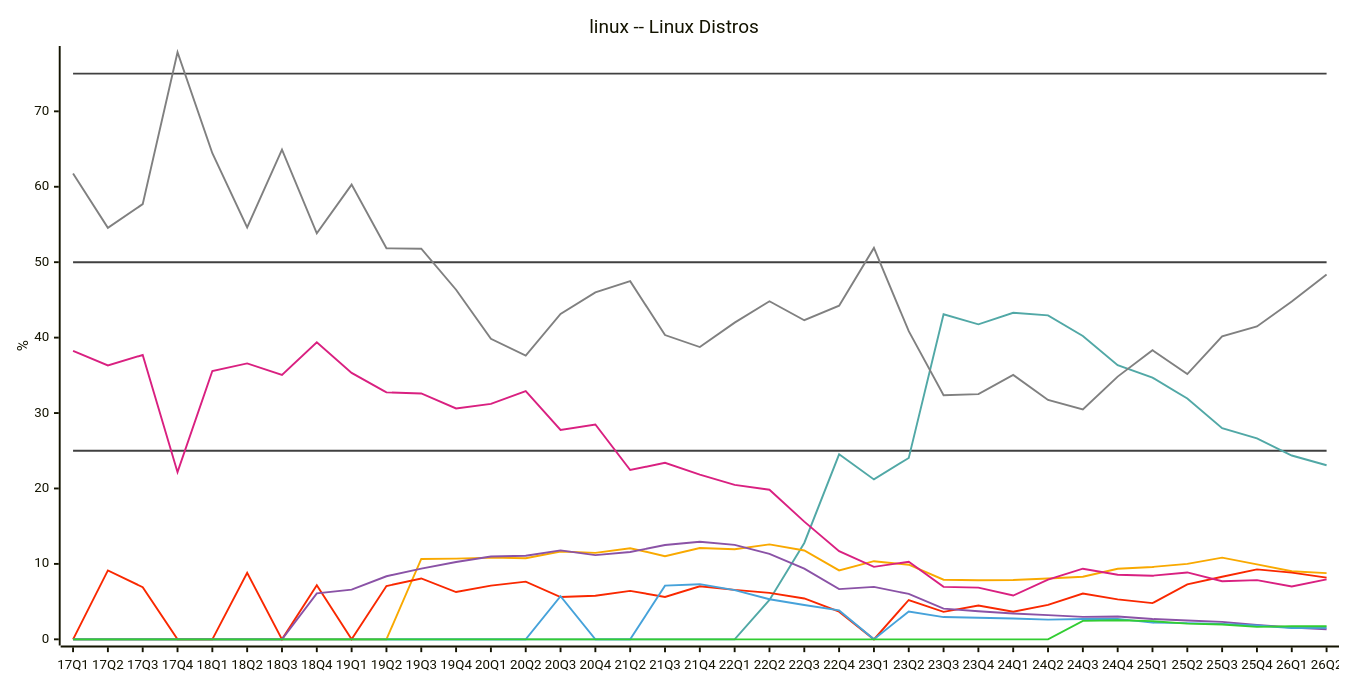
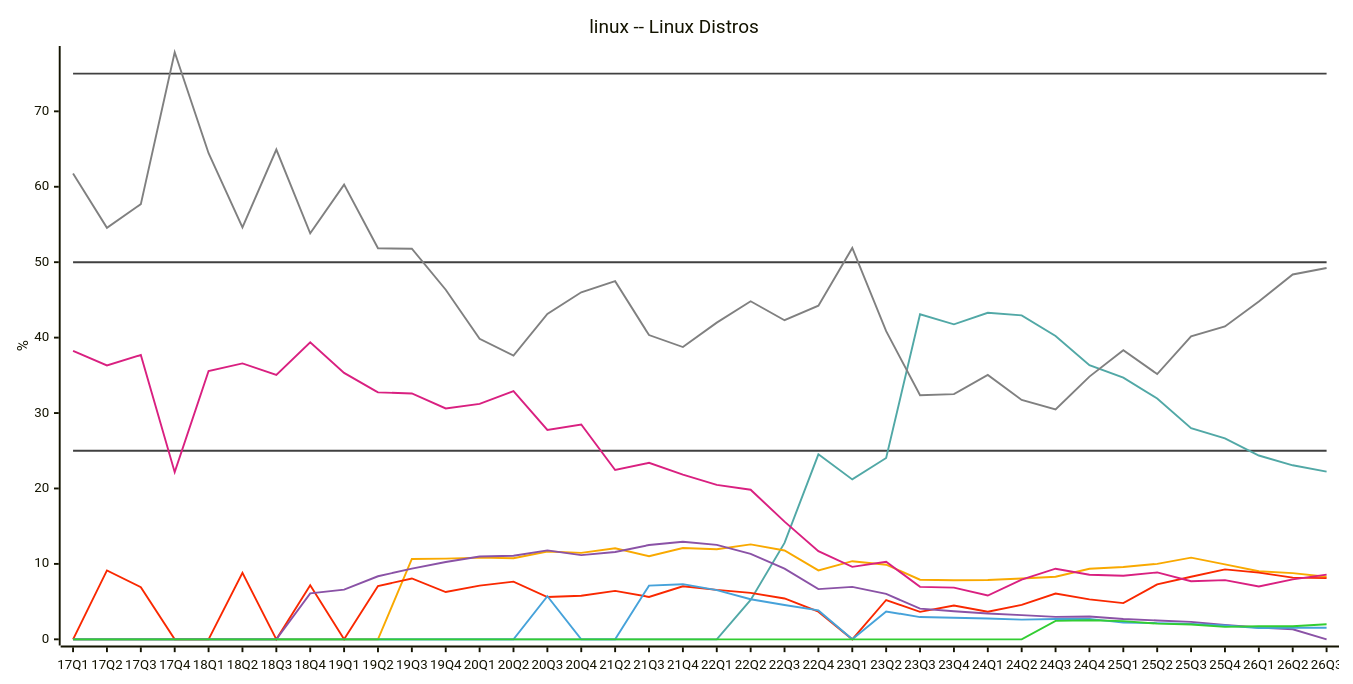
Diagram 16 of 31 in README.md (jdegene/steamHWsurvey), drawn with Mermaid before and after one commit. The commit also changed other lines of this file and 2 other files, not shown here.

````diff
--- a/README.md
+++ b/README.md
@@ -539,29 +539,29 @@
 ```mermaid
 ---
 config:
     xyChart:
         width: 1400
         height: 700
         
     themeVariables:
         xyChart:
             plotColorPalette: "#404040,#404040,#404040,#51a8a6,#f9a900,#f92800,#d92080,#8a52a6,#46a2da,#32CD32,#808080"
 
 --- 
 
 xychart-beta
     title "linux -- Linux Distros"
-    x-axis [17Q1, 17Q2, 17Q3, 17Q4, 18Q1, 18Q2, 18Q3, 18Q4, 19Q1, 19Q2, 19Q3, 19Q4, 20Q1, 20Q2, 20Q3, 20Q4, 21Q2, 21Q3, 21Q4, 22Q1, 22Q2, 22Q3, 22Q4, 23Q1, 23Q2, 23Q3, 23Q4, 24Q1, 24Q2, 24Q3, 24Q4, 25Q1, 25Q2, 25Q3, 25Q4, 26Q1, 26Q2]
+    x-axis [17Q1, 17Q2, 17Q3, 17Q4, 18Q1, 18Q2, 18Q3, 18Q4, 19Q1, 19Q2, 19Q3, 19Q4, 20Q1, 20Q2, 20Q3, 20Q4, 21Q2, 21Q3, 21Q4, 22Q1, 22Q2, 22Q3, 22Q4, 23Q1, 23Q2, 23Q3, 23Q4, 24Q1, 24Q2, 24Q3, 24Q4, 25Q1, 25Q2, 25Q3, 25Q4, 26Q1, 26Q2, 26Q3]
     y-axis "%" 
- line [25, 25, 25, 25, 25, 25, 25, 25, 25, 25, 25, 25, 25, 25, 25, 25, 25, 25, 25, 25, 25, 25, 25, 25, 25, 25, 25, 25, 25, 25, 25, 25, 25, 25, 25, 25, 25]
- line [50, 50, 50, 50, 50, 50, 50, 50, 50, 50, 50, 50, 50, 50, 50, 50, 50, 50, 50, 50, 50, 50, 50, 50, 50, 50, 50, 50, 50, 50, 50, 50, 50, 50, 50, 50, 50]
- line [75, 75, 75, 75, 75, 75, 75, 75, 75, 75, 75, 75, 75, 75, 75, 75, 75, 75, 75, 75, 75, 75, 75, 75, 75, 75, 75, 75, 75, 75, 75, 75, 75, 75, 75, 75, 75]
-    line [0, 0, 0, 0, 0, 0, 0, 0, 0, 0, 0, 0, 0, 0, 0, 0, 0, 0, 0, 0, 5.2299999999999995, 12.776666666666667, 24.525, 21.2, 24.044999999999998, 43.096666666666664, 41.76, 43.29666666666667, 42.946666666666665, 40.216666666666676, 36.336666666666666, 34.69333333333333, 31.923333333333332, 28.000000000000004, 26.639999999999997, 24.366666666666667, 23.07333333333333]
-    line [0, 0, 0, 0, 0, 0, 0, 0, 0, 0, 10.65, 10.703333333333333, 10.835, 10.756666666666666, 11.645, 11.46, 12.079999999999998, 11.023333333333333, 12.11, 11.940000000000001, 12.585, 11.776666666666667, 9.14, 10.36, 9.89, 7.903333333333333, 7.830000000000001, 7.856666666666667, 8.073333333333334, 8.29, 9.36, 9.596666666666666, 10.010000000000002, 10.83, 9.943333333333333, 9.019999999999996, 8.779999999999998]
-    line [0, 9.133333333333333, 6.909999999999999, 0, 0, 8.806666666666667, 0, 7.17, 0, 7.063333333333334, 8.07, 6.2700000000000005, 7.124999999999999, 7.6433333333333335, 5.609999999999999, 5.779999999999999, 6.420000000000001, 5.62, 7.04, 6.550000000000001, 6.165, 5.415, 3.6700000000000004, 0, 5.215, 3.6399999999999997, 4.475, 3.6533333333333333, 4.573333333333332, 6.073333333333333, 5.3, 4.796666666666667, 7.286666666666668, 8.293333333333335, 9.266666666666667, 8.850000000000001, 8.176666666666668]
-    line [38.24, 36.31999999999999, 37.696666666666665, 22.163333333333334, 35.56666666666666, 36.57666666666666, 35.06, 39.36666666666667, 35.32666666666667, 32.733333333333334, 32.59666666666667, 30.606666666666666, 31.210000000000004, 32.906666666666666, 27.755000000000003, 28.485, 22.45, 23.4, 21.84, 20.47, 19.835, 15.6, 11.695, 9.610000000000001, 10.280000000000001, 6.959999999999999, 6.855, 5.8100000000000005, 7.923333333333334, 9.363333333333335, 8.556666666666667, 8.436666666666666, 8.866666666666667, 7.706666666666667, 7.853333333333333, 7.006666666666667, 7.943333333333326]
-    line [0, 0, 0, 0, 0, 0, 0, 6.09, 6.595000000000001, 8.363333333333333, 9.370000000000001, 10.25, 10.985, 11.080000000000002, 11.795, 11.165, 11.58, 12.503333333333334, 12.94, 12.520000000000001, 11.32, 9.376666666666667, 6.659999999999999, 6.950000000000001, 6.0200000000000005, 4.0633333333333335, 3.7150000000000003, 3.416666666666667, 3.2133333333333334, 2.9733333333333336, 3.0166666666666666, 2.6950000000000003, 2.5, 2.31, 1.8900000000000001, 1.5649999999999948, 1.339999999999995]
-    line [0, 0, 0, 0, 0, 0, 0, 0, 0, 0, 0, 0, 0, 0, 5.72, 0, 0, 7.116666666666667, 7.31, 6.52, 5.319999999999999, 4.556666666666667, 3.83, 0, 3.695, 2.9499999999999997, 2.855, 2.76, 2.61, 2.6950000000000003, 2.7066666666666666, 2.21, 2.1533333333333333, 2.0500000000000003, 1.8233333333333335, 1.51, 1.54]
-    line [0, 0, 0, 0, 0, 0, 0, 0, 0, 0, 0, 0, 0, 0, 0, 0, 0, 0, 0, 0, 0, 0, 0, 0, 0, 0, 0, 0, 0, 2.44, 2.52, 2.41, 2.08, 1.96, 1.6500000000000001, 1.7399999999999998, 1.7399999999999967]
-    line [61.760000000000005, 54.55, 57.699999999999996, 77.83666666666666, 64.44333333333333, 54.61666666666667, 64.93666666666667, 53.81999999999999, 60.28333333333333, 51.84000000000001, 51.790000000000006, 46.34666666666667, 39.839999999999996, 37.61666666666667, 43.145, 46.005, 47.48, 40.336666666666666, 38.75, 41.99, 44.82, 42.30666666666667, 44.23, 51.89, 40.849999999999994, 32.37, 32.51, 35.04666666666667, 31.739999999999995, 30.473333333333336, 34.83, 38.33333333333333, 35.17333333333334, 40.156666666666666, 41.486666666666665, 44.8, 48.37333333333333]
+ line [25, 25, 25, 25, 25, 25, 25, 25, 25, 25, 25, 25, 25, 25, 25, 25, 25, 25, 25, 25, 25, 25, 25, 25, 25, 25, 25, 25, 25, 25, 25, 25, 25, 25, 25, 25, 25, 25]
+ line [50, 50, 50, 50, 50, 50, 50, 50, 50, 50, 50, 50, 50, 50, 50, 50, 50, 50, 50, 50, 50, 50, 50, 50, 50, 50, 50, 50, 50, 50, 50, 50, 50, 50, 50, 50, 50, 50]
+ line [75, 75, 75, 75, 75, 75, 75, 75, 75, 75, 75, 75, 75, 75, 75, 75, 75, 75, 75, 75, 75, 75, 75, 75, 75, 75, 75, 75, 75, 75, 75, 75, 75, 75, 75, 75, 75, 75]
+    line [0, 0, 0, 0, 0, 0, 0, 0, 0, 0, 0, 0, 0, 0, 0, 0, 0, 0, 0, 0, 5.2299999999999995, 12.776666666666667, 24.525, 21.2, 24.044999999999998, 43.096666666666664, 41.76, 43.29666666666667, 42.946666666666665, 40.216666666666676, 36.336666666666666, 34.69333333333333, 31.923333333333332, 28.000000000000004, 26.639999999999997, 24.366666666666667, 23.07333333333333, 22.24]
+    line [0, 0, 0, 0, 0, 0, 0, 0, 0, 0, 10.65, 10.703333333333333, 10.835, 10.756666666666666, 11.645, 11.46, 12.079999999999998, 11.023333333333333, 12.11, 11.940000000000001, 12.585, 11.776666666666667, 9.14, 10.36, 9.89, 7.903333333333333, 7.830000000000001, 7.856666666666667, 8.073333333333334, 8.29, 9.36, 9.596666666666666, 10.010000000000002, 10.83, 9.943333333333333, 9.019999999999996, 8.779999999999998, 8.28999999999999]
+    line [0, 9.133333333333333, 6.909999999999999, 0, 0, 8.806666666666667, 0, 7.17, 0, 7.063333333333334, 8.07, 6.2700000000000005, 7.124999999999999, 7.6433333333333335, 5.609999999999999, 5.779999999999999, 6.420000000000001, 5.62, 7.04, 6.550000000000001, 6.165, 5.415, 3.6700000000000004, 0, 5.215, 3.6399999999999997, 4.475, 3.6533333333333333, 4.573333333333332, 6.073333333333333, 5.3, 4.796666666666667, 7.286666666666668, 8.293333333333335, 9.266666666666667, 8.850000000000001, 8.176666666666668, 8.12]
+    line [38.24, 36.31999999999999, 37.696666666666665, 22.163333333333334, 35.56666666666666, 36.57666666666666, 35.06, 39.36666666666667, 35.32666666666667, 32.733333333333334, 32.59666666666667, 30.606666666666666, 31.210000000000004, 32.906666666666666, 27.755000000000003, 28.485, 22.45, 23.4, 21.84, 20.47, 19.835, 15.6, 11.695, 9.610000000000001, 10.280000000000001, 6.959999999999999, 6.855, 5.8100000000000005, 7.923333333333334, 9.363333333333335, 8.556666666666667, 8.436666666666666, 8.866666666666667, 7.706666666666667, 7.853333333333333, 7.006666666666667, 7.943333333333326, 8.58]
+    line [0, 0, 0, 0, 0, 0, 0, 6.09, 6.595000000000001, 8.363333333333333, 9.370000000000001, 10.25, 10.985, 11.080000000000002, 11.795, 11.165, 11.58, 12.503333333333334, 12.94, 12.520000000000001, 11.32, 9.376666666666667, 6.659999999999999, 6.950000000000001, 6.0200000000000005, 4.0633333333333335, 3.7150000000000003, 3.416666666666667, 3.2133333333333334, 2.9733333333333336, 3.0166666666666666, 2.6950000000000003, 2.5, 2.31, 1.8900000000000001, 1.5649999999999948, 1.339999999999995, 0]
+    line [0, 0, 0, 0, 0, 0, 0, 0, 0, 0, 0, 0, 0, 0, 5.72, 0, 0, 7.116666666666667, 7.31, 6.52, 5.319999999999999, 4.556666666666667, 3.83, 0, 3.695, 2.9499999999999997, 2.855, 2.76, 2.61, 2.6950000000000003, 2.7066666666666666, 2.21, 2.1533333333333333, 2.0500000000000003, 1.8233333333333335, 1.51, 1.54, 1.53]
+    line [0, 0, 0, 0, 0, 0, 0, 0, 0, 0, 0, 0, 0, 0, 0, 0, 0, 0, 0, 0, 0, 0, 0, 0, 0, 0, 0, 0, 0, 2.44, 2.52, 2.41, 2.08, 1.96, 1.6500000000000001, 1.7399999999999998, 1.7399999999999967, 1.9900000000000002]
+    line [61.760000000000005, 54.55, 57.699999999999996, 77.83666666666666, 64.44333333333333, 54.61666666666667, 64.93666666666667, 53.81999999999999, 60.28333333333333, 51.84000000000001, 51.790000000000006, 46.34666666666667, 39.839999999999996, 37.61666666666667, 43.145, 46.005, 47.48, 40.336666666666666, 38.75, 41.99, 44.82, 42.30666666666667, 44.23, 51.89, 40.849999999999994, 32.37, 32.51, 35.04666666666667, 31.739999999999995, 30.473333333333336, 34.83, 38.33333333333333, 35.17333333333334, 40.156666666666666, 41.486666666666665, 44.8, 48.37333333333333, 49.22999999999999]
 ``` 
````
